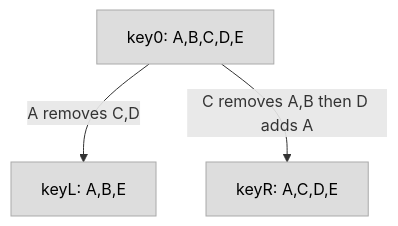
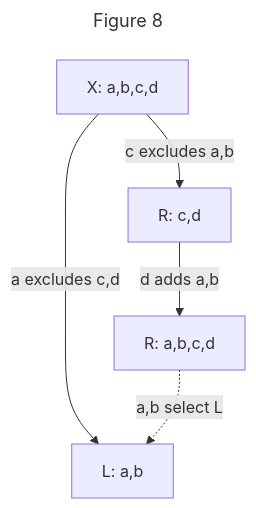
Before and after one commit to ssbc/ssb-group-exclusion-spec: the eighth of 8 diagrams in README.md, drawn with Mermaid. The commit also changed other lines of this file, not shown here.

````diff
--- a/README.md
+++ b/README.md
@@ -299,11 +324,11 @@
 ```mermaid
+---
+title: Figure 8
+---
 graph TB;
-  zero[key0: A,B,C,D,E]
-  zero--"A removes C,D"-->L[keyL: A,B,E]
-  zero--"C removes A,B then D adds A"-->R[keyR: A,C,D,E]
-  %% class L winner;
-  %% class R winner;
-
-classDef default fill:#ddd,stroke:#aaa,color:#000;
-classDef winner fill:#beb,stroke:#4a4,color:#000;
+  zero[X: a,b,c,d]
+  zero--"a excludes c,d"-->L[L: a,b]
+  zero--"c excludes a,b"-->R[R: c,d]
+  R--"d adds a,b"-->R2[R: a,b,c,d]
+  R2-. a,b select L .->L
 ```
````
